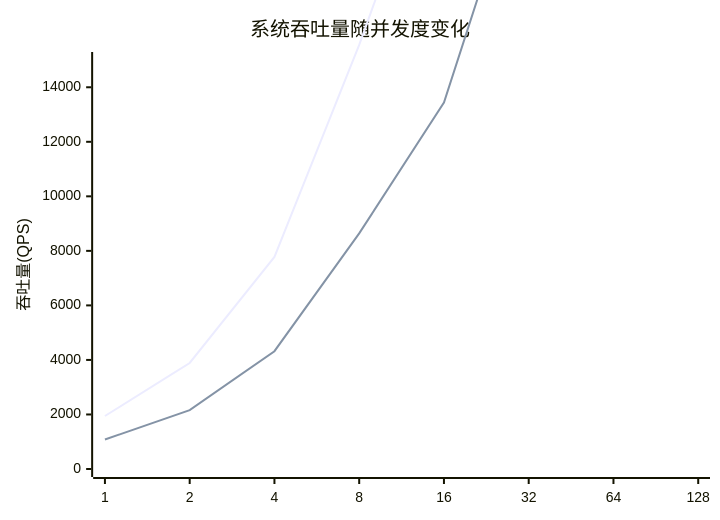
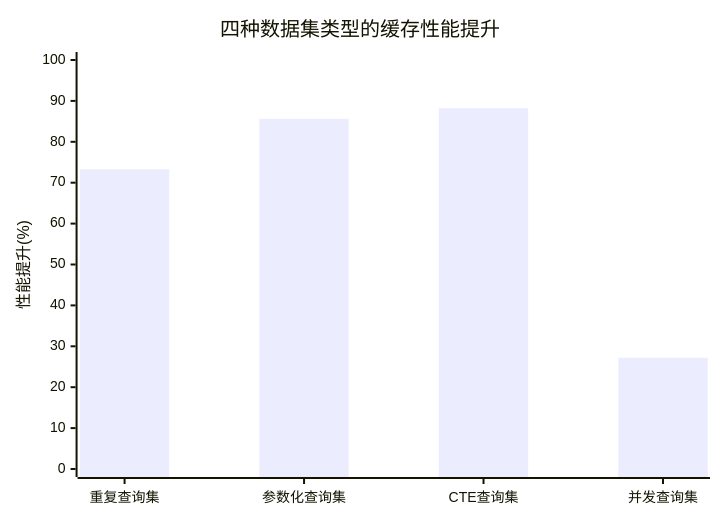
Before and after one commit to crazypenguincode/duckdb: the sixth of 34 diagrams in md/第五章-实验与分析.md, drawn with Mermaid. The commit also changed other lines of this file and 28 other files, not shown here.

````diff
--- a/md/第五章-实验与分析.md
+++ b/md/第五章-实验与分析.md
@@ -510,8 +607,7 @@
 ```mermaid
 xychart-beta
-    title "系统吞吐量随并发度变化"
-    x-axis [1, 2, 4, 8, 16, 32, 64, 128]
-    y-axis "吞吐量(QPS)" 0 --> 15000
-    line [1944, 3888, 7776, 15552, 24192, 41472, 55296, 82944]
-    line [1080, 2160, 4320, 8640, 13440, 23040, 30720, 46080]
+    title "四种数据集类型的缓存性能提升"
+    x-axis ["重复查询集", "参数化查询集", "CTE查询集", "并发查询集"]
+    y-axis "性能提升(%)" 0 --> 100
+    bar [73.3, 85.6, 88.2, 27.2]
 ```
````
